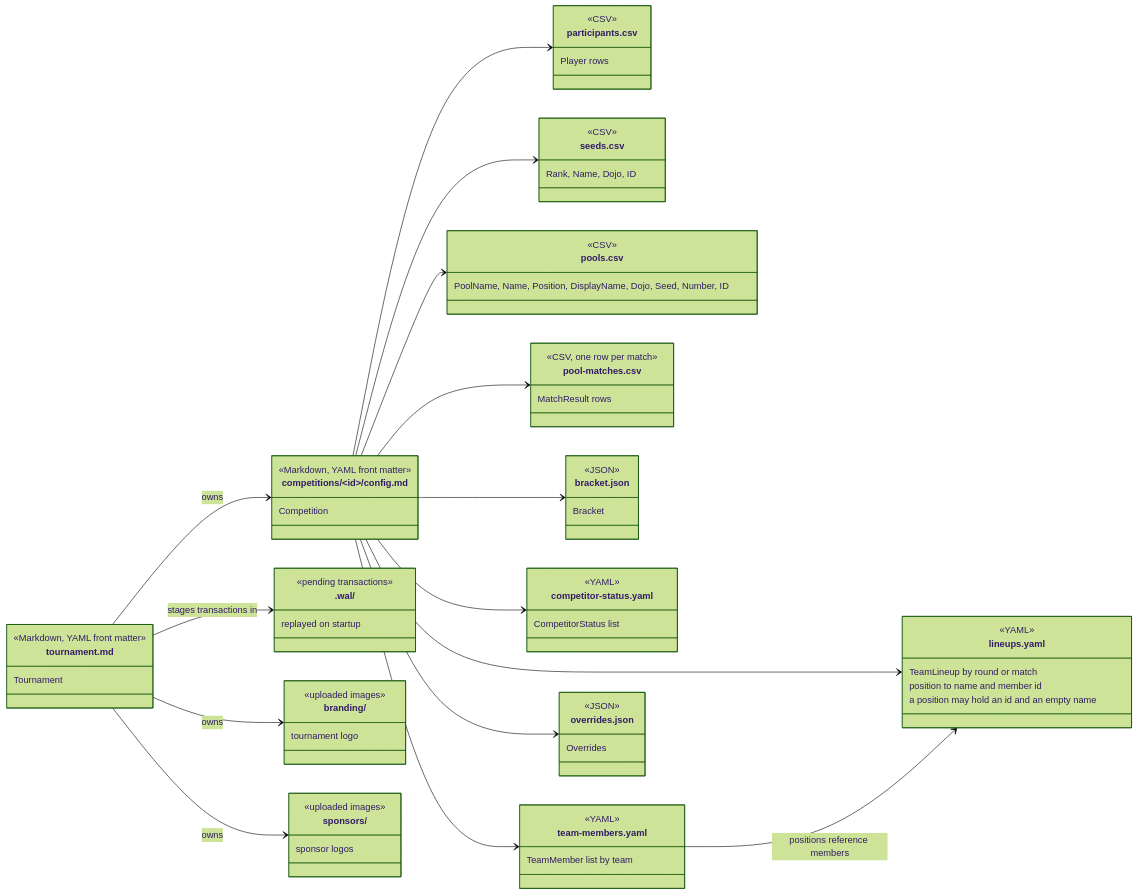
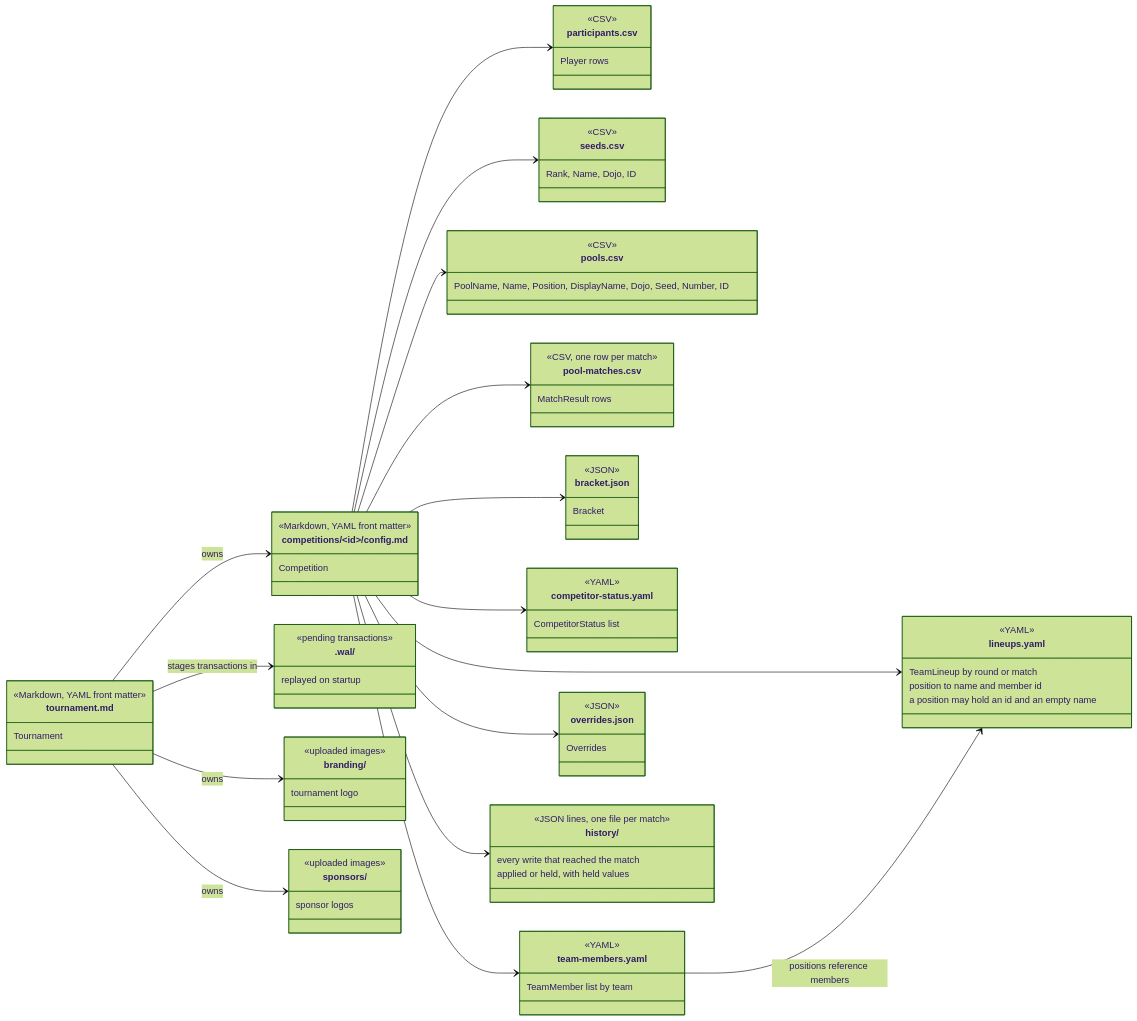
One commit to gitrgoliveira/bracket-creator changed the third of 4 diagrams in docs/architecture/data-model.md. Above: the diagram before and after it, drawn with Mermaid (forest theme). The commit also changed other lines of this file and 37 other files, not shown here.

````diff
--- a/docs/architecture/data-model.md
+++ b/docs/architecture/data-model.md
@@ -416,6 +419,11 @@
         <<JSON>>
         Overrides
     }
+    class history_dir["history/"] {
+        <<JSON lines, one file per match>>
+        every write that reached the match
+        applied or held, with held values
+    }
     class wal[".wal/"] {
         <<pending transactions>>
         replayed on startup
@@ -442,5 +450,6 @@
     config_md --> lineups_yaml
     config_md --> team_members_yaml
     config_md --> overrides_json
+    config_md --> history_dir
     team_members_yaml --> lineups_yaml : positions reference members
 ```
````
